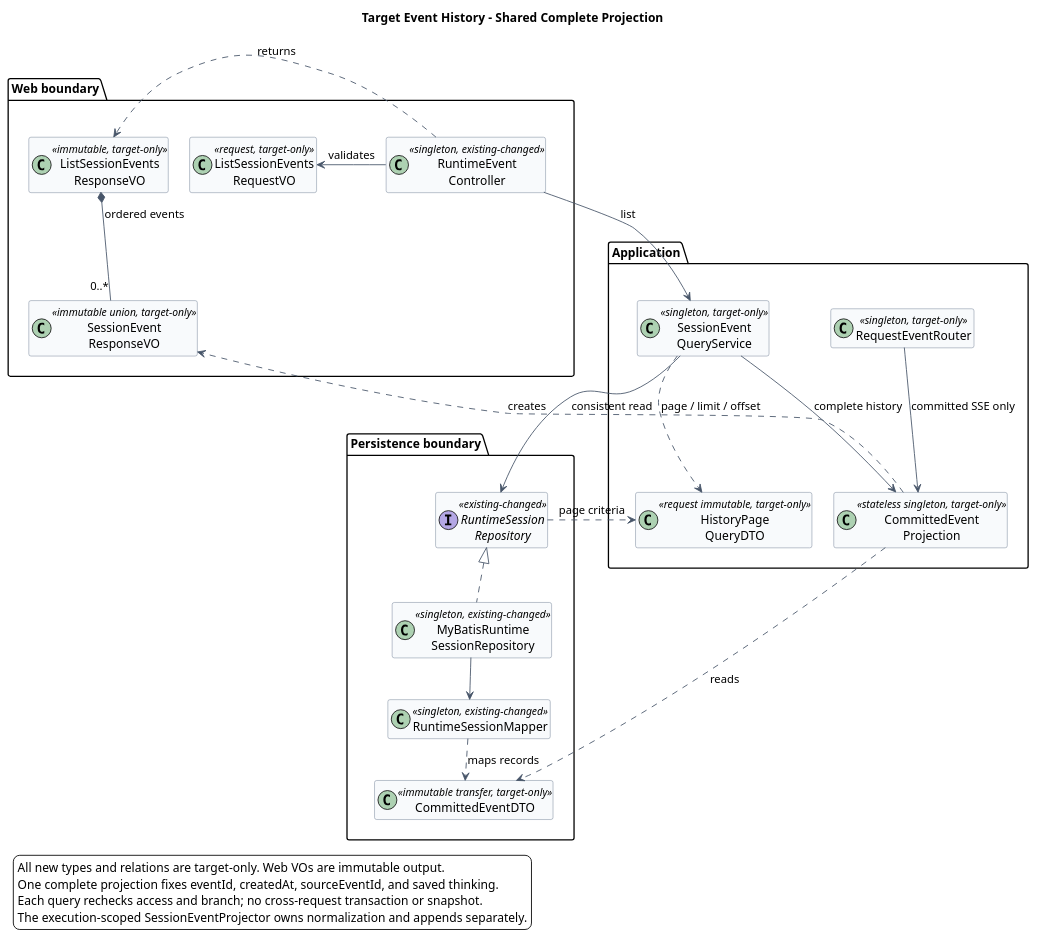
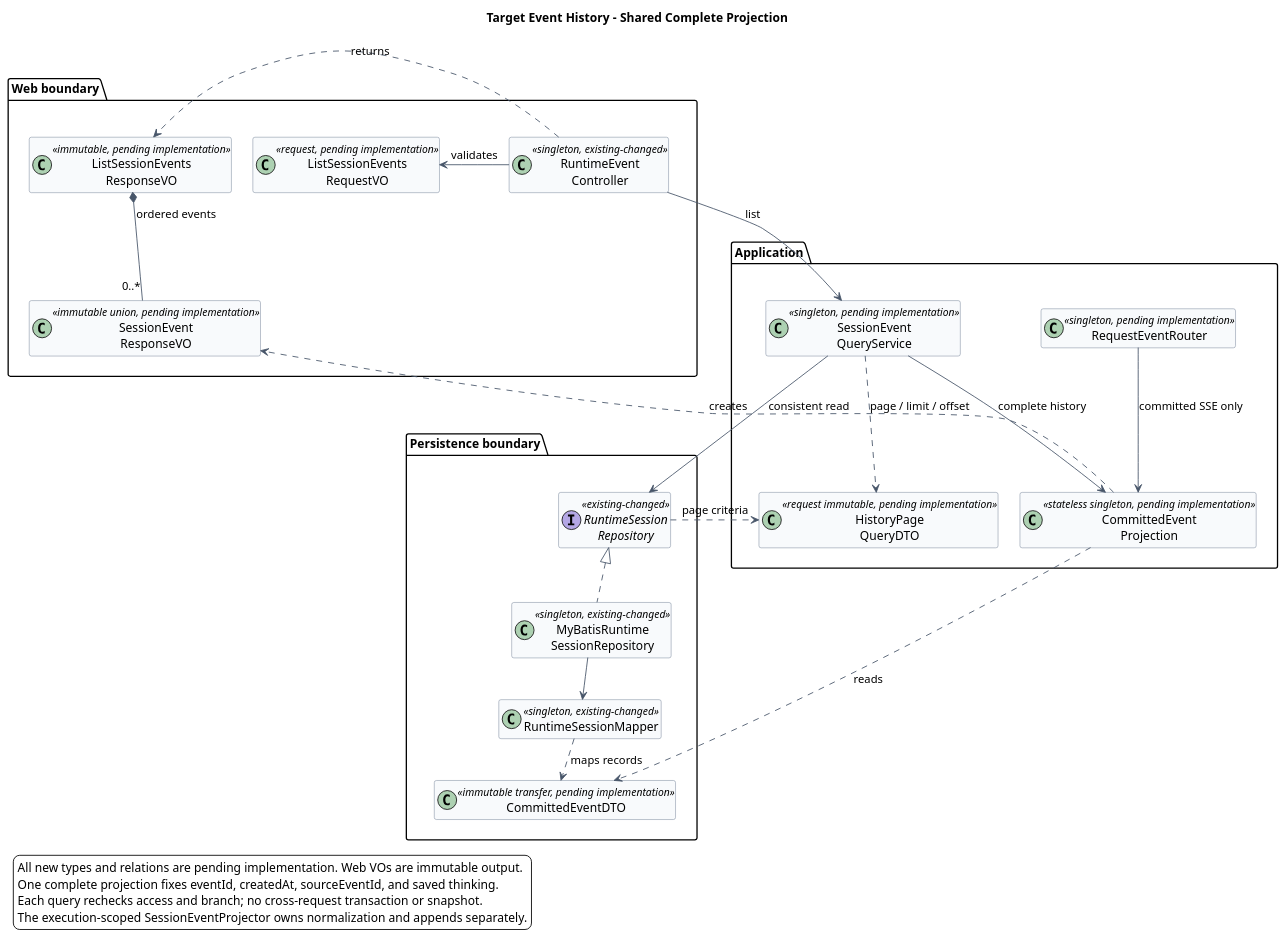
One commit to ssm0808/pi-mono-java-design changed the first of 2 diagrams in 01-总体架构/01-CampusClaw多Agent运行时/设计图/事件历史查询/diagram.puml. Above: the diagram before and after it, drawn with PlantUML. The commit also changed other lines of this file and 182 other files, not shown here.

```diff
--- a/01-总体架构/01-CampusClaw多Agent运行时/设计图/事件历史查询/diagram.puml
+++ b/01-总体架构/01-CampusClaw多Agent运行时/设计图/事件历史查询/diagram.puml
@@ -1,63 +1,63 @@
 @startuml target_event_history_classes
 title Target Event History - Shared Complete Projection
 ' Source baseline: pi-mono-java dfb90cac4e233e09a0b8f047f7e9f4682f5ad238
 ' Source: campusclaw/src/main/java/com/huawei/hicampus/claw/codingagent/runtimeapi/event/RuntimeEventQueryService.java, list/pageOf.
 ' Source: campusclaw/src/main/java/com/huawei/hicampus/claw/codingagent/runtimeapi/event/RuntimeEntryCodec.java, toHistoryEvent/toSseData.
 ' Source: campusclaw/src/main/java/com/huawei/hicampus/claw/codingagent/runtimeapi/event/RuntimeEventCursorCodec.java, encode/decode.
 ' Observed behavior: current pages are sequence-based opaque cursors, not integers.
 ' Design reason: one complete projection prevents SSE/history identity drift. Thinking target: display original model reasoning; Java 4cc8dd86 modules/coding-agent-cli/src/main/java/com/campusclaw/codingagent/runtimeapi/event/RuntimeV2EventProjector.java projectThinking still filters publicSummary.
-' All new classes and relations are target-only; existing boundaries are changed.
+' All new classes and relations are pending implementation; existing boundaries are changed.
 top to bottom direction
 hide empty members
 skinparam backgroundColor white
 skinparam shadowing false
 skinparam classAttributeIconSize 0
 skinparam nodesep 25
 skinparam ranksep 30
 skinparam ArrowColor #475569
 skinparam ClassBorderColor #64748B
 skinparam ClassBackgroundColor #F8FAFC
 skinparam stereotypeFontSize 10
 
 package "Web boundary" as WEB {
   class "RuntimeEvent\nController" as RuntimeEventController <<singleton, existing-changed>>
-  class "ListSessionEvents\nRequestVO" as ListSessionEventsRequestVO <<request, target-only>>
-  class "ListSessionEvents\nResponseVO" as ListSessionEventsResponseVO <<immutable, target-only>>
-  class "SessionEvent\nResponseVO" as SessionEventResponseVO <<immutable union, target-only>>
+  class "ListSessionEvents\nRequestVO" as ListSessionEventsRequestVO <<request, pending implementation>>
+  class "ListSessionEvents\nResponseVO" as ListSessionEventsResponseVO <<immutable, pending implementation>>
+  class "SessionEvent\nResponseVO" as SessionEventResponseVO <<immutable union, pending implementation>>
 }
 package "Application" as APP {
-  class "SessionEvent\nQueryService" as SessionEventQueryService <<singleton, target-only>>
-  class "HistoryPage\nQueryDTO" as HistoryPageQueryDTO <<request immutable, target-only>>
-  class "CommittedEvent\nProjection" as CommittedEventProjection <<stateless singleton, target-only>>
-  class RequestEventRouter <<singleton, target-only>>
+  class "SessionEvent\nQueryService" as SessionEventQueryService <<singleton, pending implementation>>
+  class "HistoryPage\nQueryDTO" as HistoryPageQueryDTO <<request immutable, pending implementation>>
+  class "CommittedEvent\nProjection" as CommittedEventProjection <<stateless singleton, pending implementation>>
+  class RequestEventRouter <<singleton, pending implementation>>
 }
 package "Persistence boundary" as DB {
   interface "RuntimeSession\nRepository" as RuntimeSessionRepository <<existing-changed>>
   class "MyBatisRuntime\nSessionRepository" as MyBatisRuntimeSessionRepository <<singleton, existing-changed>>
-  class CommittedEventDTO <<immutable transfer, target-only>>
+  class CommittedEventDTO <<immutable transfer, pending implementation>>
   class RuntimeSessionMapper <<singleton, existing-changed>>
 }
 RuntimeEventController -[norank]-> ListSessionEventsRequestVO : validates
 WEB -[hidden]down- APP
 APP -[hidden]down- DB
 RuntimeEventController --> SessionEventQueryService : list
 RuntimeEventController .[norank].> ListSessionEventsResponseVO : returns
 ListSessionEventsResponseVO *-- "0..*" SessionEventResponseVO : ordered events
 SessionEventQueryService ..> HistoryPageQueryDTO : page / limit / offset
 SessionEventQueryService --> RuntimeSessionRepository : consistent read
 SessionEventQueryService --> CommittedEventProjection : complete history
 RequestEventRouter --> CommittedEventProjection : committed SSE only
 CommittedEventProjection ..> CommittedEventDTO : reads
 CommittedEventProjection .[norank].> SessionEventResponseVO : creates
 RuntimeSessionRepository <|.. MyBatisRuntimeSessionRepository
 MyBatisRuntimeSessionRepository --> RuntimeSessionMapper
 RuntimeSessionMapper ..> CommittedEventDTO : maps records
 RuntimeSessionRepository ..> HistoryPageQueryDTO : page criteria
 
 legend bottom left
-All new types and relations are target-only. Web VOs are immutable output.
+All new types and relations are pending implementation. Web VOs are immutable output.
 One complete projection fixes eventId, createdAt, sourceEventId, and saved thinking.
 Each query rechecks access and branch; no cross-request transaction or snapshot.
 The execution-scoped SessionEventProjector owns normalization and appends separately.
 endlegend
 @enduml
```
